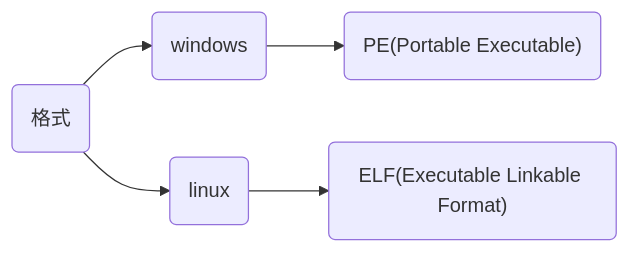
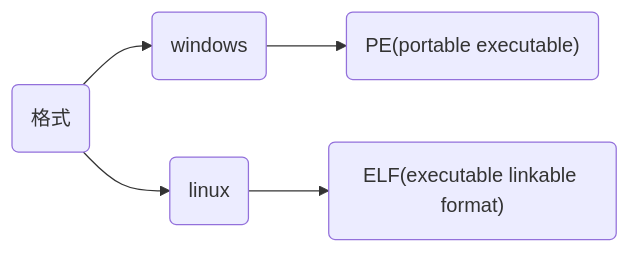
Before and after one commit to dmjcb/dmjcb.github.io: the sixth of 7 diagrams in _posts/language/c_c++/compile/2021-06-15-编译过程.md, drawn with Mermaid. The commit also changed other lines of this file and 32 other files, not shown here.

````diff
--- a/_posts/language/c_c++/compile/2021-06-15-编译过程.md
+++ b/_posts/language/c_c++/compile/2021-06-15-编译过程.md
@@ -468,6 +462,6 @@
 ```mermaid
 graph LR;
     A(格式)
-    A --> B(windows) --> B1("PE(Portable Executable)")
-    A --> C(linux) --> C1("ELF(Executable Linkable Format)")
+    A-->B(windows)-->B1("PE(portable executable)")
+    A-->C(linux)-->C1("ELF(executable linkable format)")
 ```
````
